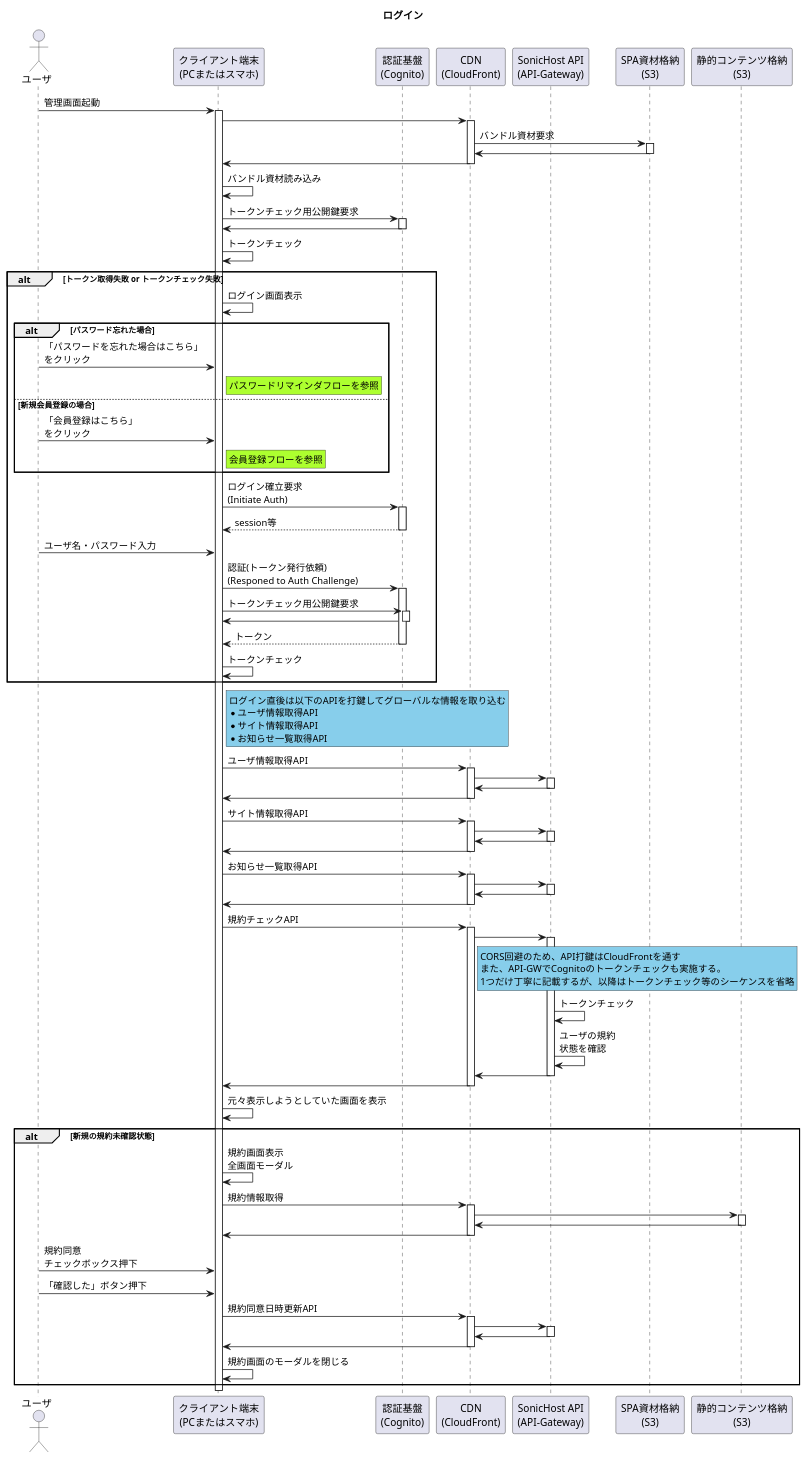
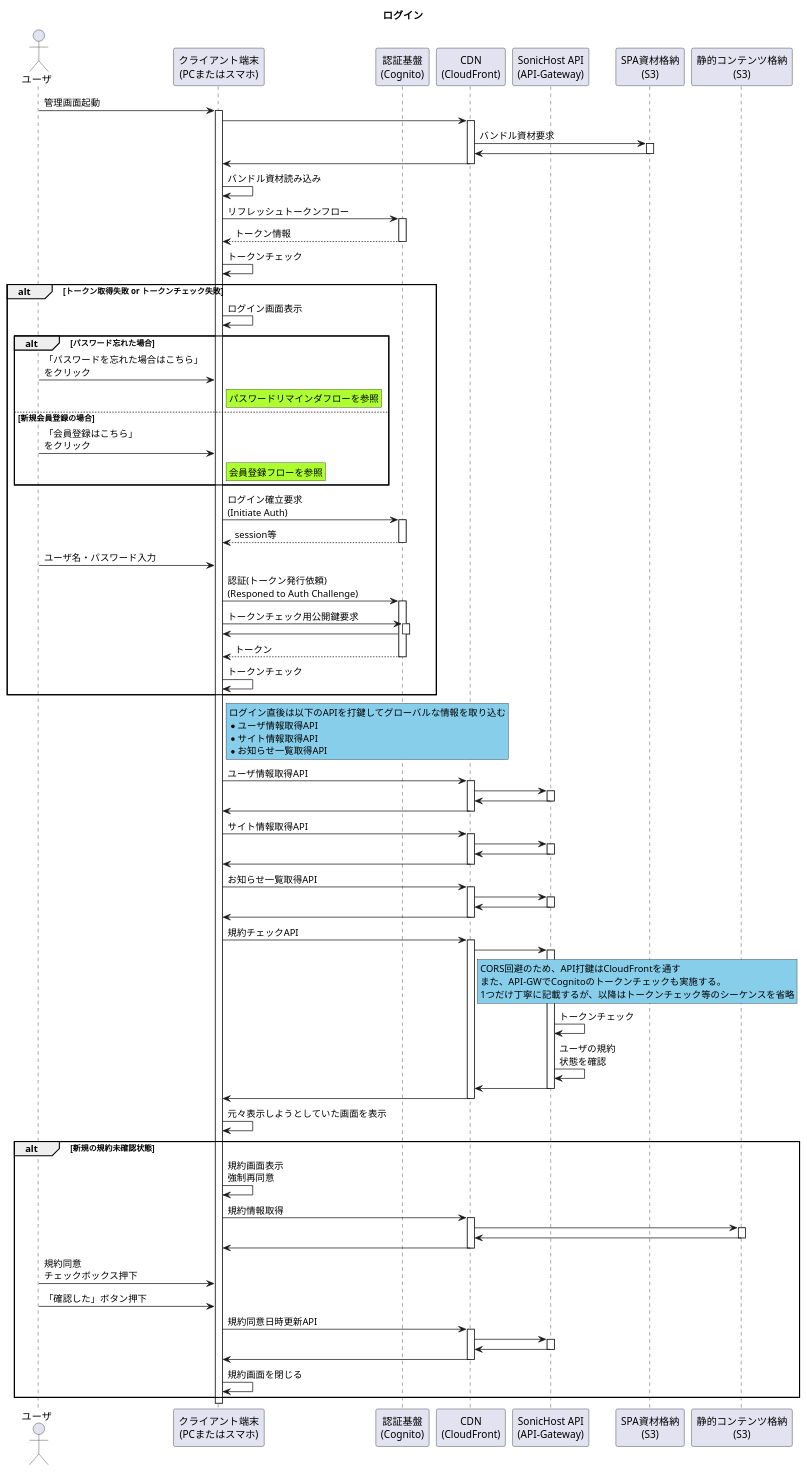
Before and after one commit to Sonic-Host/documents: the diagram in 01_Sequences/00_Authentication/00_Login_Flow/LoginFlow.pu, drawn with PlantUML.

Commit message:
ログインフローの修正

```diff
--- a/01_Sequences/00_Authentication/00_Login_Flow/LoginFlow.pu
+++ b/01_Sequences/00_Authentication/00_Login_Flow/LoginFlow.pu
@@ -1,96 +1,96 @@
 @startuml ログイン
 title ログイン
 
 
 ' アクター定義
 actor "ユーザ" as user
 participant "クライアント端末\n(PCまたはスマホ)" as device
 participant "認証基盤\n(Cognito)" as cognito
 participant "CDN\n(CloudFront)" as cdn
 participant "SonicHost API\n(API-Gateway)" as api
 participant "SPA資材格納\n(S3)" as spa
 participant "静的コンテンツ格納\n(S3)" as static
 
 ' 起動
 user -> device ++ : 管理画面起動
 device -> cdn ++
 cdn -> spa ++ : バンドル資材要求
 cdn <- spa --
 device <- cdn --
 device ->device : バンドル資材読み込み
-device -> cognito ++ : トークンチェック用公開鍵要求
-device <- cognito --
-device -> device: トークンチェック
+device -> cognito ++ :  リフレッシュトークンフロー
+device <-- cognito -- : トークン情報
+device -> device : トークンチェック
 ' トークンチェック
 alt トークン取得失敗 or トークンチェック失敗
     device -> device : ログイン画面表示
     alt パスワード忘れた場合
         user -> device : 「パスワードを忘れた場合はこちら」\nをクリック
         rnote right of device #GreenYellow
             パスワードリマインダフローを参照
         end note
     else 新規会員登録の場合
         user -> device: 「会員登録はこちら」\nをクリック
         rnote right of device #GreenYellow
             会員登録フローを参照
         end note
     end 
     device -> cognito ++ : ログイン確立要求\n(Initiate Auth)
     device <-- cognito -- : session等
     user -> device : ユーザ名・パスワード入力
     device -> cognito ++ : 認証(トークン発行依頼)\n(Responed to Auth Challenge)
     device -> cognito ++ : トークンチェック用公開鍵要求
     device <- cognito --
     device <-- cognito -- : トークン
     device -> device : トークンチェック
 end 
 ' 規約確認
 rnote right of device #SkyBlue
     ログイン直後は以下のAPIを打鍵してグローバルな情報を取り込む
     * ユーザ情報取得API
     * サイト情報取得API
     * お知らせ一覧取得API
 end note 
 device -> cdn ++ : ユーザ情報取得API
 cdn -> api ++ 
 cdn <- api --
 device <- cdn --
 device -> cdn ++ : サイト情報取得API
 cdn -> api ++
 cdn <- api --
 device <- cdn --
 device -> cdn ++ : お知らせ一覧取得API
 cdn -> api ++ 
 cdn <- api --
 device <- cdn -- 
 device -> cdn ++ : 規約チェックAPI
 cdn -> api ++
 rnote right of cdn #SkyBlue
     CORS回避のため、API打鍵はCloudFrontを通す
     また、API-GWでCognitoのトークンチェックも実施する。
     1つだけ丁寧に記載するが、以降はトークンチェック等のシーケンスを省略
 end note
 api -> api : トークンチェック
 api -> api : ユーザの規約\n状態を確認
 cdn <- api --
 device <- cdn --
 device -> device : 元々表示しようとしていた画面を表示
 alt 新規の規約未確認状態
-    device -> device : 規約画面表示\n全画面モーダル
+    device -> device : 規約画面表示\n強制再同意
     device -> cdn ++ : 規約情報取得
     cdn -> static ++ 
     cdn <- static --
     device <- cdn --
     user -> device : 規約同意\nチェックボックス押下
     user -> device : 「確認した」ボタン押下
     device -> cdn ++ : 規約同意日時更新API
     cdn -> api ++ 
     cdn <- api --
     device <- cdn --
-    device -> device : 規約画面のモーダルを閉じる
+    device -> device : 規約画面を閉じる
 end
 
 
 
 
 @enduml
```
